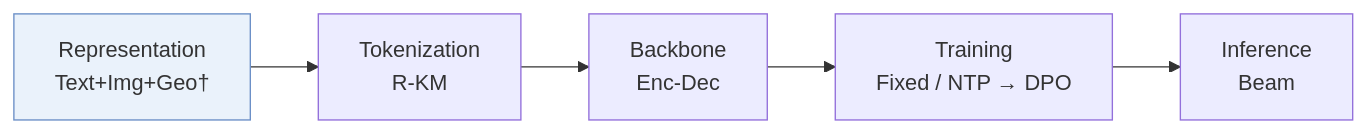
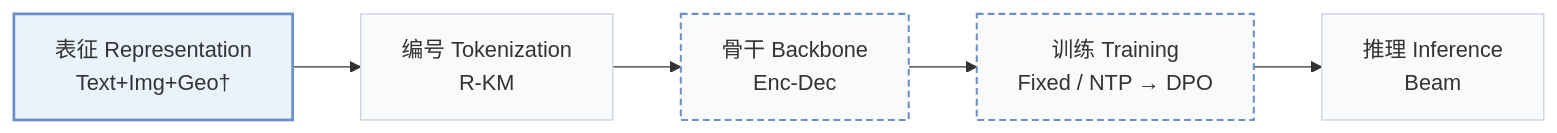
One commit to Galaxy-ghost/Awesome-SID-Generative-Rec changed the first of 4 diagrams in pages/zh/papers/oneloc.md. Above: the diagram before and after it, drawn with Mermaid. The commit also changed other lines of this file and 649 other files, not shown here.

Commit message:
writer-05: also tags and modality index (schema, check, build, visuals); summary field removed; calibration data for 12 papers

````diff
--- a/pages/zh/papers/oneloc.md
+++ b/pages/zh/papers/oneloc.md
@@ -13,6 +15,10 @@
 ```mermaid
 flowchart LR
-    R["Representation<br/>Text+Img+Geo†"] --> T["Tokenization<br/>R-KM"] --> B["Backbone<br/>Enc-Dec"] --> TR["Training<br/>Fixed / NTP → DPO"] --> I["Inference<br/>Beam"]
-    classDef main fill:#eaf2fb,stroke:#6b8fc7
+    R["表征 Representation<br/>Text+Img+Geo†"] --> T["编号 Tokenization<br/>R-KM"] --> B["骨干 Backbone<br/>Enc-Dec"] --> TR["训练 Training<br/>Fixed / NTP → DPO"] --> I["推理 Inference<br/>Beam"]
+    classDef base fill:#f8fafc,stroke:#cbd5e1
+    class R,T,B,TR,I base
+    classDef also fill:#f8fafc,stroke:#6b8fc7,stroke-width:1.5px,stroke-dasharray:5 3
+    class B,TR also
+    classDef main fill:#eaf2fb,stroke:#6b8fc7,stroke-width:2px
     class R main
 ```
````
